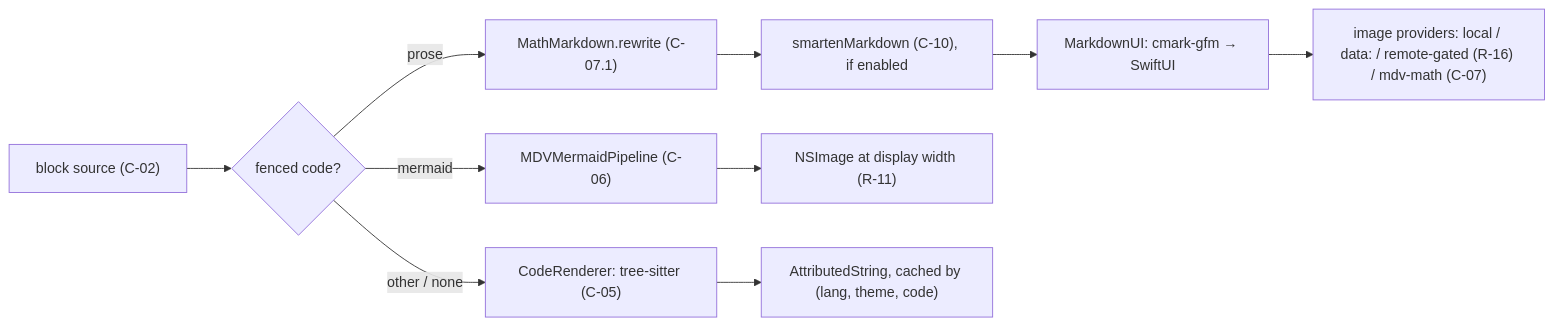
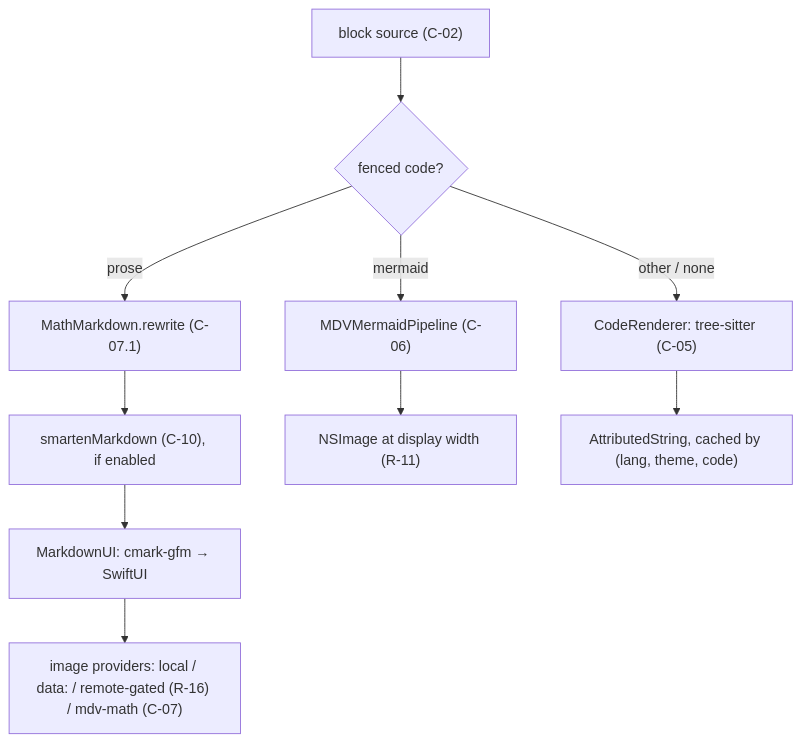
The second of 2 diagrams in SPEC.md (rioffe/mdv), drawn with Mermaid before and after one commit. The commit also changed other lines of this file, not shown here.

First line of the commit message:
SPEC.md: vertical §3.2 diagram; automated test suite as R-37 (D-01 confirmed)

````diff
--- a/SPEC.md
+++ b/SPEC.md
@@ -137,12 +138,12 @@
 ```mermaid
-flowchart LR
+flowchart TD
     B["block source (C-02)"] --> F{"fenced code?"}
     F -->|"mermaid"| M["MDVMermaidPipeline (C-06)"]
     F -->|"other / none"| TS["CodeRenderer: tree-sitter (C-05)"]
     F -->|"prose"| MR["MathMarkdown.rewrite (C-07.1)"]
     MR --> ST["smartenMarkdown (C-10), if enabled"]
     ST --> MU["MarkdownUI: cmark-gfm → SwiftUI"]
     MU --> IP["image providers: local / data: / remote-gated (R-16) / mdv-math (C-07)"]
     M --> IMG["NSImage at display width (R-11)"]
     TS --> AS["AttributedString, cached by (lang, theme, code)"]
 ```
````
